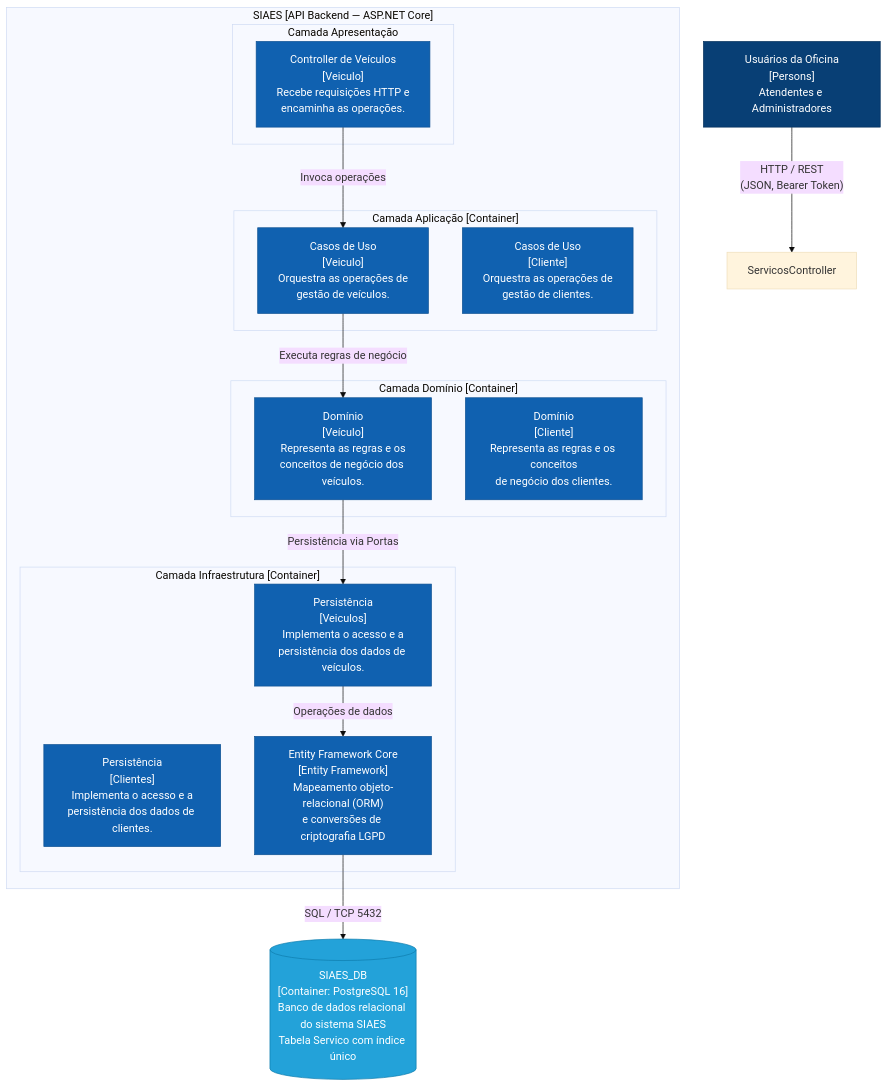
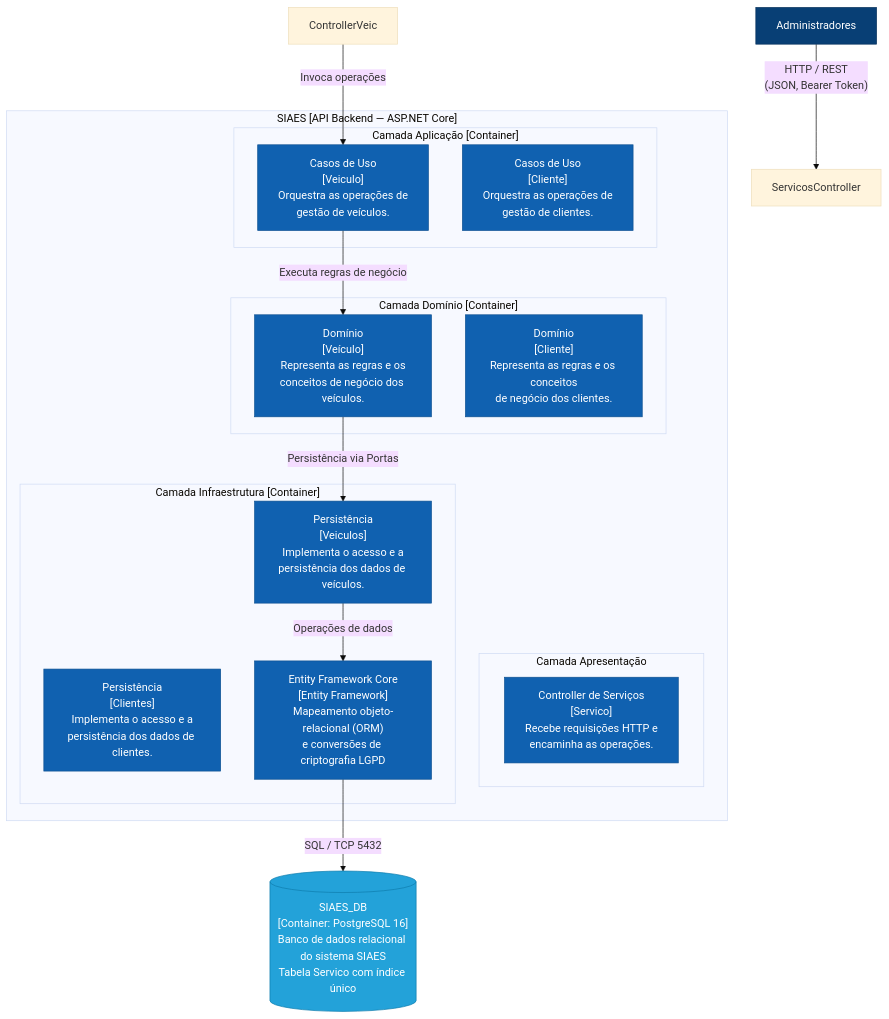
Before and after one commit to marcoswferreira/18SOAT_TechChallenge: the first of 2 diagrams in docs/architecture/c3-servico.md, drawn with Mermaid (base theme). The commit also changed other lines of this file, not shown here.

````diff
--- a/docs/architecture/c3-servico.md
+++ b/docs/architecture/c3-servico.md
@@ -22,56 +22,56 @@
 ```mermaid
 flowchart TD
     %% Ator / Consumidor
-    Usuario["Usuários da Oficina\n[Persons]\nAtendentes e Administradores"]:::person
+    Usuario["Administradores"]:::person
 
     %% Fronteira do Sistema SIAES (API Backend)
     subgraph SIAESBoundary ["SIAES [API Backend — ASP.NET Core]"]
         
         %% Camada de Apresentação
         subgraph CamadaApresentacao ["Camada Apresentação"]
-            ControllerVeic["Controller de Veículos\n[Veiculo]\nRecebe requisições HTTP e\nencaminha as operações."]:::component
+            ControllerServico["Controller de Serviços\n[Servico]\nRecebe requisições HTTP e\nencaminha as operações."]:::component
             
         end
 
         %% Camada Aplicação
         subgraph CamadaAplicacao ["Camada Aplicação [Container]"]
             CasosUsoVeic["Casos de Uso\n[Veiculo]\nOrquestra as operações de\ngestão de veículos."]:::component
             CasosUsoCli["Casos de Uso\n[Cliente]\nOrquestra as operações de\ngestão de clientes."]:::component
         end
 
         %% Camada Domínio
         subgraph CamadaDominio ["Camada Domínio [Container]"]
             DominioVeic["Domínio\n[Veículo]\nRepresenta as regras e os\nconceitos de negócio dos veículos."]:::component
             DominioCli["Domínio\n[Cliente]\nRepresenta as regras e os conceitos\nde negócio dos clientes."]:::component
         end
 
         %% Camada Infraestrutura
         subgraph CamadaInfra ["Camada Infraestrutura [Container]"]
             PersistenciaVeic["Persistência\n[Veiculos]\nImplementa o acesso e a\npersistência dos dados de veículos."]:::component
             PersistenciaCli["Persistência\n[Clientes]\nImplementa o acesso e a\npersistência dos dados de clientes."]:::component
             EFCore["Entity Framework Core\n[Entity Framework]\nMapeamento objeto-relacional (ORM)\ne conversões de criptografia LGPD"]:::component
         end
 
     end
 
     %% Banco de Dados Externo
     DB[("SIAES_DB\n[Container: PostgreSQL 16]\nBanco de dados relacional do sistema SIAES\nTabela Servico com índice único")]:::db
 
     %% Relações e Fluxo (exatamente conforme o modelo C3)
     Usuario -->|"HTTP / REST\n(JSON, Bearer Token)"| ServicosController
 
     ControllerVeic -->|"Invoca operações"| CasosUsoVeic
 
     CasosUsoVeic -->|"Executa regras de negócio"| DominioVeic
   
     DominioVeic -->|"Persistência via Portas"| PersistenciaVeic
     
     PersistenciaVeic -->|"Operações de dados"| EFCore
    
     EFCore -->|"SQL / TCP 5432"| DB
 
     %% Estilos visuais C4 (alinhados ao Draw.io)
     classDef person fill:#083F75,stroke:#06315C,color:#ffffff;
     classDef component fill:#1061B0,stroke:#0D5091,color:#ffffff;
     classDef db fill:#23A2D9,stroke:#0E7DAD,color:#ffffff;
 ```
````
